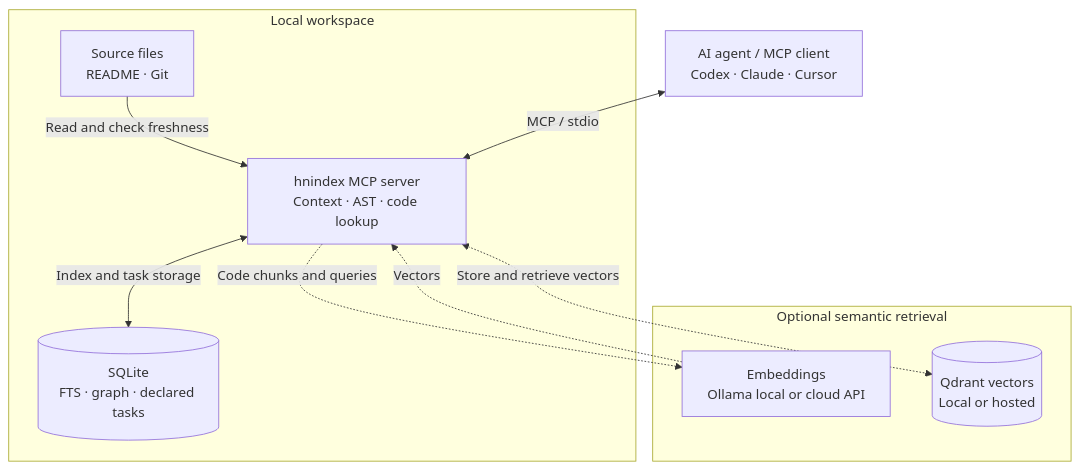
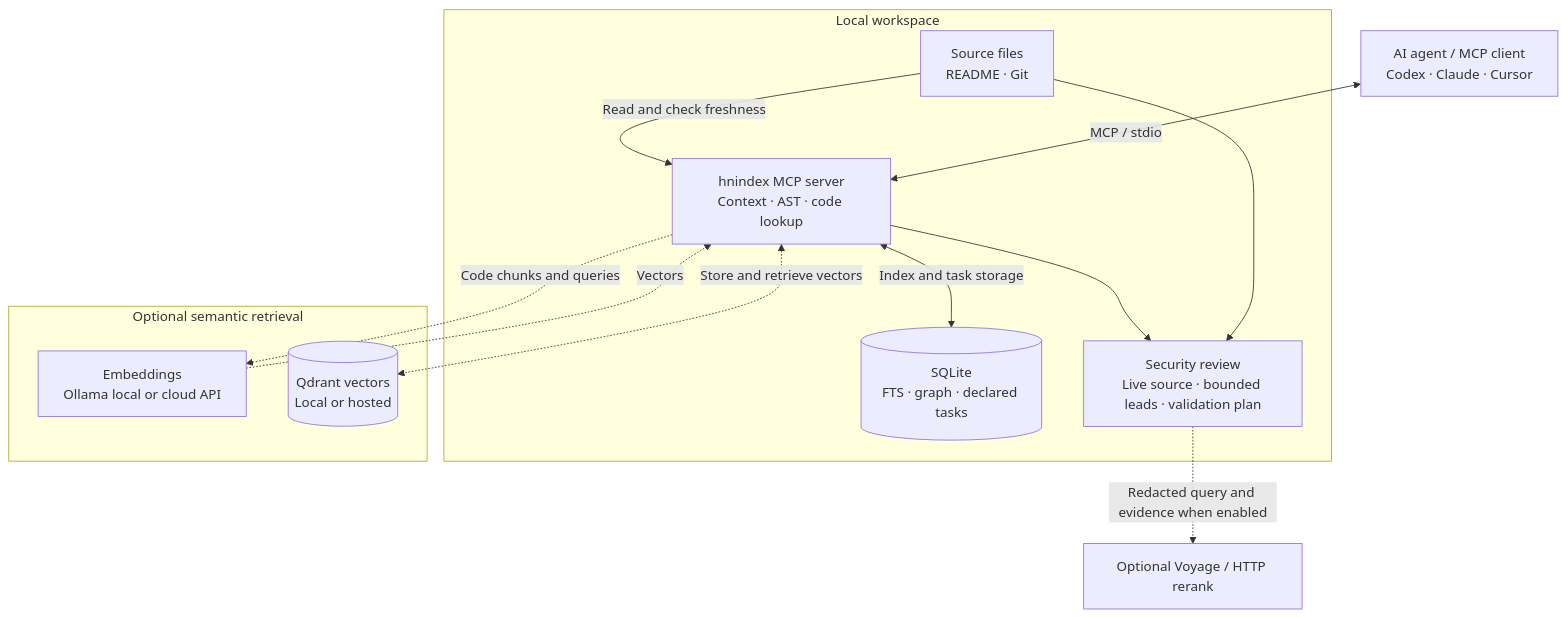
Before and after one commit to AndyAnh174/vibe-hnindex: the first of 3 diagrams in docs/architecture.md, drawn with Mermaid. The commit also changed 22 other files, not shown here.

Commit message:
feat: add source security review tools with optional reranking (#24)

````diff
--- a/docs/architecture.md
+++ b/docs/architecture.md
@@ -9,21 +9,25 @@
 ```mermaid
 flowchart TB
     accTitle: hnindex system architecture
     accDescr: An MCP agent calls a local hnindex server with workspace files and SQLite storage. Semantic retrieval optionally uses embeddings and Qdrant.
     agent_client["AI agent / MCP client<br/>Codex · Claude · Cursor"]
     subgraph local_workspace["Local workspace"]
         hnindex_server["hnindex MCP server<br/>Context · AST · code lookup"]
         project_files["Source files<br/>README · Git"]
         sqlite_store[("SQLite<br/>FTS · graph · declared tasks")]
+        security_review["Security review<br/>Live source · bounded leads · validation plan"]
+        hnindex_server --> security_review
+        project_files --> security_review
         project_files -->|Read and check freshness| hnindex_server
         hnindex_server <-->|Index and task storage| sqlite_store
     end
     subgraph semantic_services["Optional semantic retrieval"]
         embedding_provider["Embeddings<br/>Ollama local or cloud API"]
         qdrant_store[("Qdrant vectors<br/>Local or hosted")]
     end
     agent_client <-->|MCP / stdio| hnindex_server
     hnindex_server -.->|Code chunks and queries| embedding_provider
     embedding_provider -.->|Vectors| hnindex_server
     hnindex_server <-.->|Store and retrieve vectors| qdrant_store
+    security_review -.->|Redacted query and evidence when enabled| reranker["Optional Voyage / HTTP rerank"]
 ```
````
